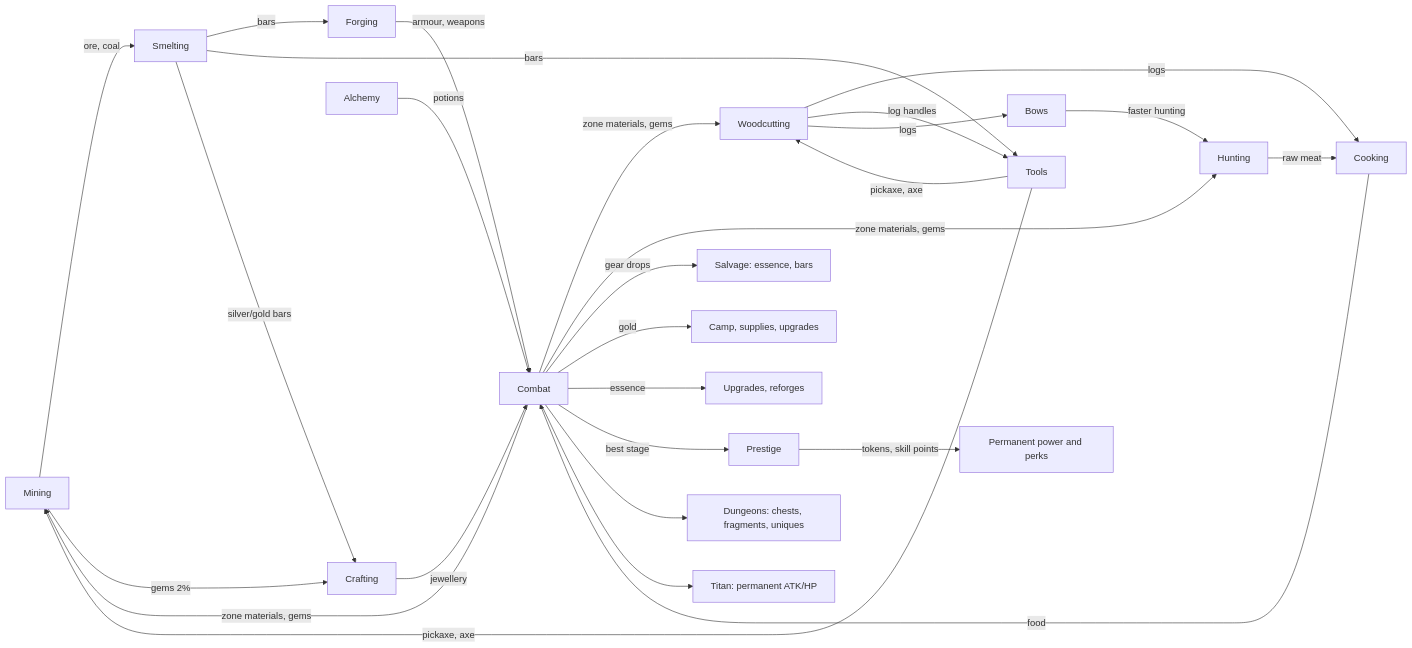
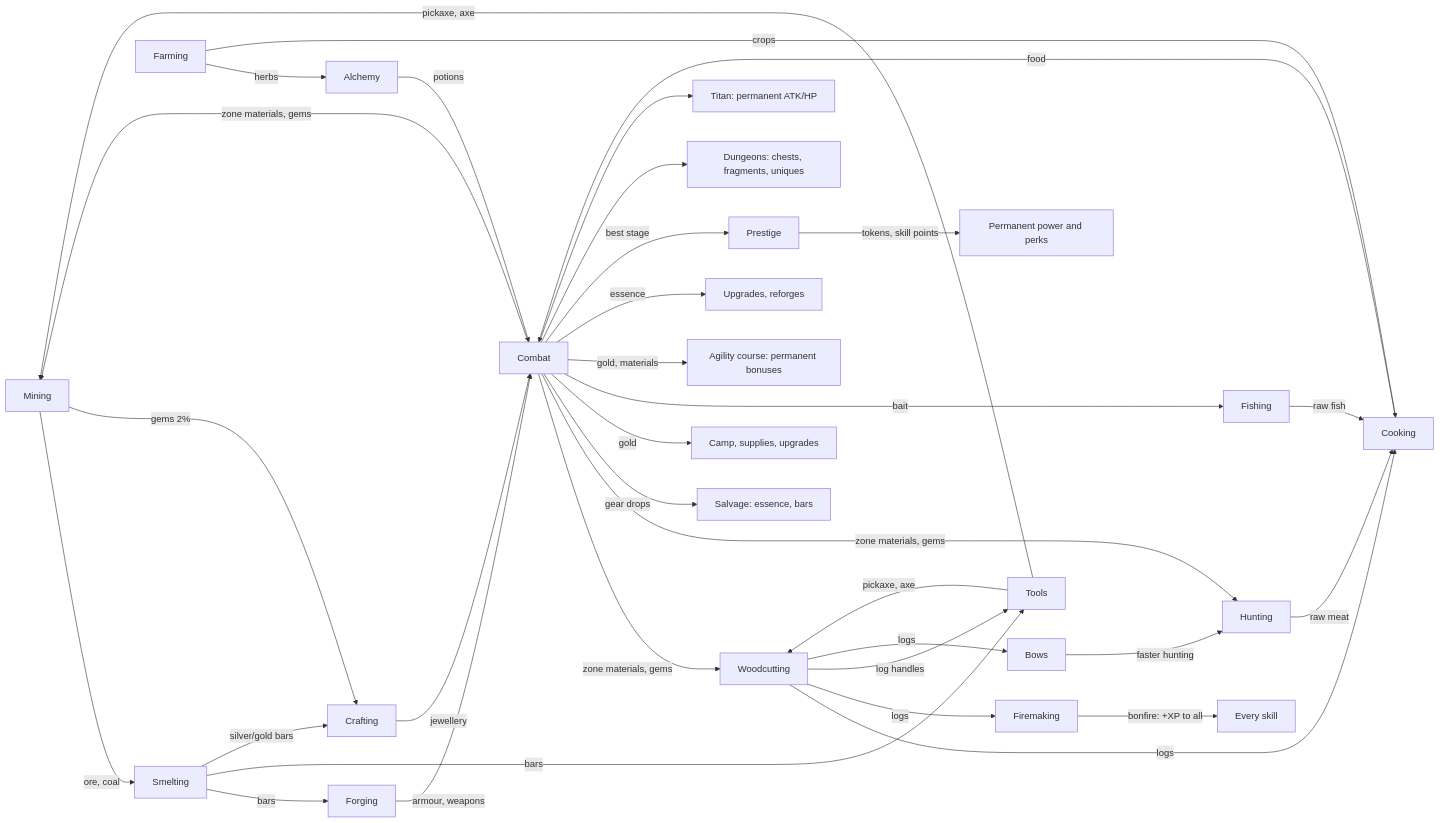
Before and after one commit to tufantr/idle2: the diagram in docs/DESIGN.md, drawn with Mermaid. The commit also changed other lines of this file and 29 other files, not shown here.

First line of the commit message:
feat: Fishing, Firemaking, Farming and Agility (Phase 4)

````diff
--- a/docs/DESIGN.md
+++ b/docs/DESIGN.md
@@ -38,26 +38,33 @@
 ```mermaid
 flowchart LR
     Mining -->|ore, coal| Smelting
     Mining -->|gems 2%| Crafting
     Woodcutting -->|logs| Cooking
+    Woodcutting -->|logs| Firemaking
+    Firemaking -->|bonfire: +XP to all| Skills["Every skill"]
+    Fishing -->|raw fish| Cooking
+    Farming -->|herbs| Alchemy
+    Farming -->|crops| Cooking
     Woodcutting -->|log handles| Tools
     Woodcutting -->|logs| Bows
     Hunting -->|raw meat| Cooking
     Smelting -->|bars| Forging
     Smelting -->|bars| Tools
     Smelting -->|silver/gold bars| Crafting
     Alchemy -->|potions| Combat
     Cooking -->|food| Combat
     Forging -->|armour, weapons| Combat
     Crafting -->|jewellery| Combat
     Tools -->|pickaxe, axe| Mining & Woodcutting
     Bows -->|faster hunting| Hunting
     Combat -->|zone materials, gems| Mining & Woodcutting & Hunting
     Combat -->|gear drops| Salvage["Salvage: essence, bars"]
     Combat -->|gold| Camp["Camp, supplies, upgrades"]
+    Combat -->|bait| Fishing
+    Combat -->|gold, materials| Agility["Agility course: permanent bonuses"]
     Combat -->|essence| Upgrades["Upgrades, reforges"]
     Combat -->|best stage| Prestige
     Combat --> Dungeons["Dungeons: chests, fragments, uniques"]
     Combat --> Titan["Titan: permanent ATK/HP"]
     Prestige -->|tokens, skill points| Perks["Permanent power and perks"]
 ```
````
